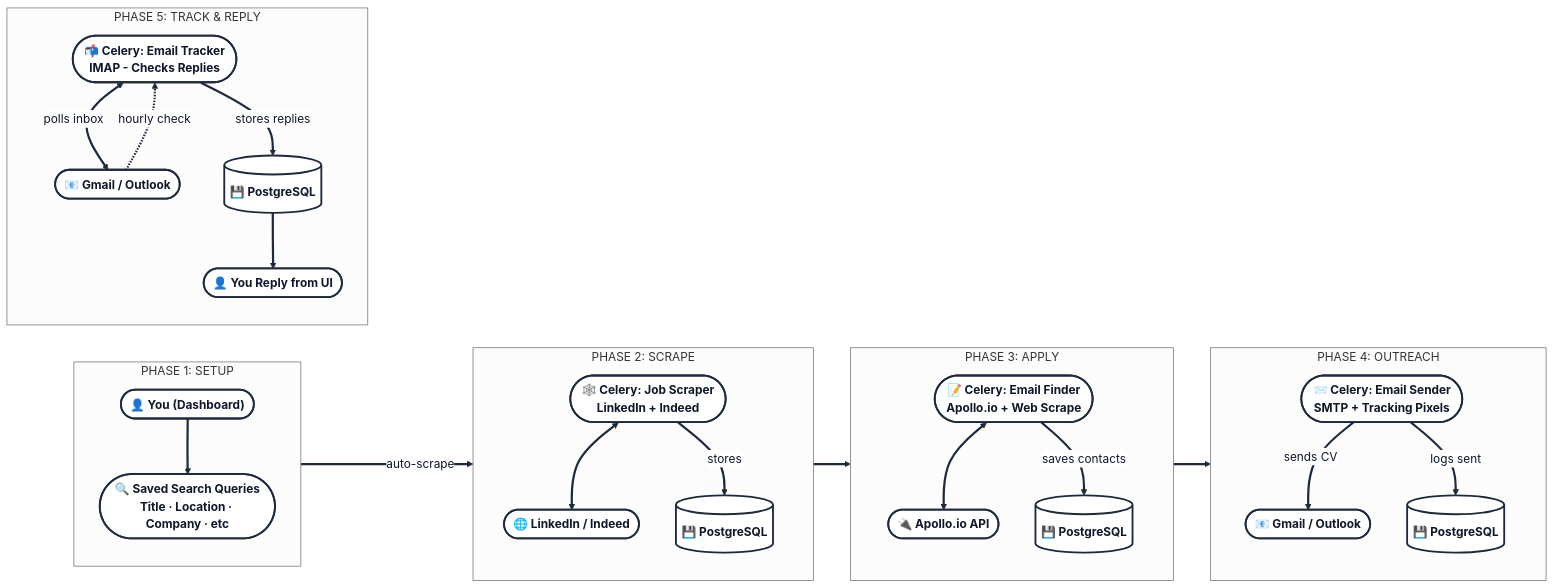
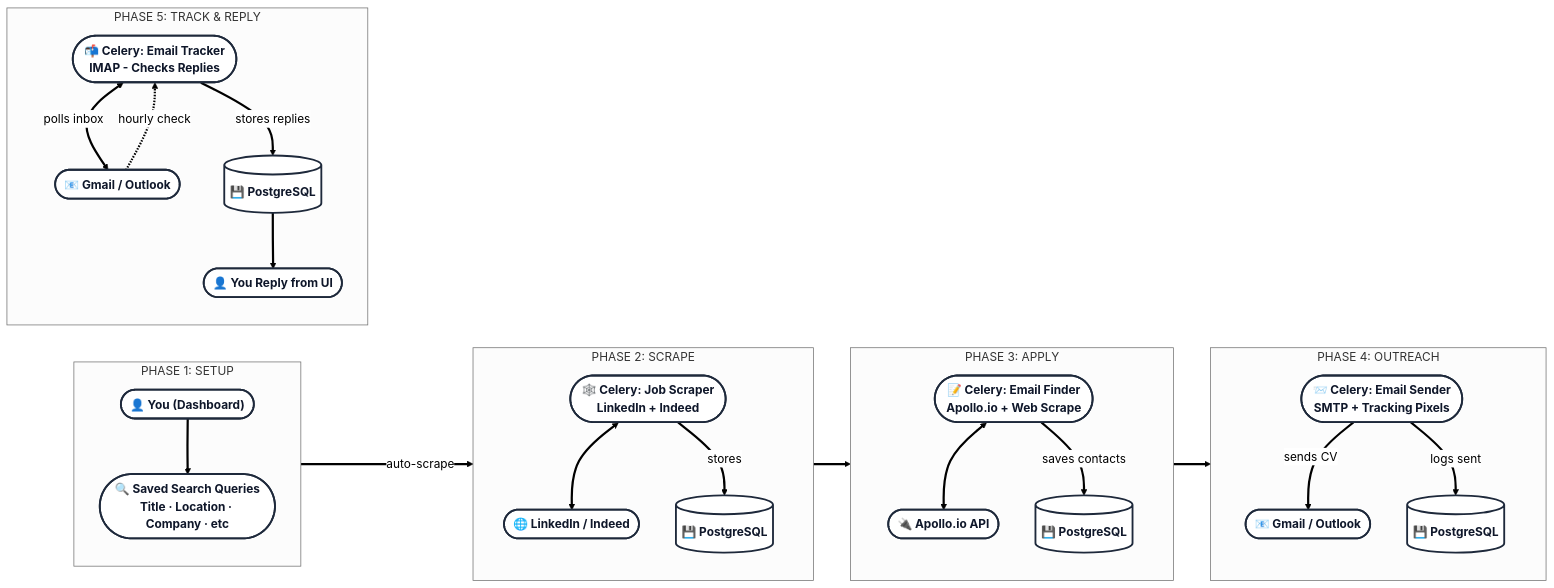
The diagram in README.md (relatrino-code/LinkedInAgent), drawn with Mermaid (neutral theme) before and after one commit. The commit also changed 1 other file, not shown here.

Commit message:
fix: scraper now uses companies field in search query and filters results post-scrape

````diff
--- a/README.md
+++ b/README.md
@@ -16,58 +16,58 @@
 ```mermaid
 flowchart LR
     %% darker, thicker strokes for visibility
     classDef box fill:#fff,stroke:#1e293b,stroke-width:2.5px,color:#0f172a,font-weight:bold
 
     subgraph Setup["PHASE 1: SETUP"]
         direction TB
         U(["👤 You (Dashboard)"]):::box
         Q(["🔍 Saved Search Queries<br/>Title · Location · Company · etc"]):::box
         U --> Q
     end
 
     subgraph ScrapePhase["PHASE 2: SCRAPE"]
         direction TB
         S(["🕸️ Celery: Job Scraper<br/>LinkedIn + Indeed"]):::box
         JS(["🌐 LinkedIn / Indeed"]):::box
         DB1[("💾 PostgreSQL")]:::box
         S <--> JS
         S -->|"stores"| DB1
     end
 
     subgraph ApplyPhase["PHASE 3: APPLY"]
         direction TB
         A(["📝 Celery: Email Finder<br/>Apollo.io + Web Scrape"]):::box
         AP(["🔌 Apollo.io API"]):::box
         DB2[("💾 PostgreSQL")]:::box
         A <--> AP
         A -->|"saves contacts"| DB2
     end
 
     subgraph OutreachPhase["PHASE 4: OUTREACH"]
         direction TB
         E(["📨 Celery: Email Sender<br/>SMTP + Tracking Pixels"]):::box
         GM(["📧 Gmail / Outlook"]):::box
         DB3[("💾 PostgreSQL")]:::box
         E -->|"sends CV"| GM
         E -->|"logs sent"| DB3
     end
 
     subgraph TrackPhase["PHASE 5: TRACK & REPLY"]
         direction TB
         T(["📬 Celery: Email Tracker<br/>IMAP - Checks Replies"]):::box
         GM2(["📧 Gmail / Outlook"]):::box
         DB4[("💾 PostgreSQL")]:::box
         R(["👤 You Reply from UI"]):::box
         T <-->|"polls inbox"| GM2
         T -->|"stores replies"| DB4
         DB4 --> R
     end
 
     Q -->|"auto-scrape"| S
     DB1 --> A
     DB2 --> E
     GM2 -.->|"hourly check"| T
 
     %% edge styling: thicker, darker arrows
-    linkStyle default stroke:#1e293b,stroke-width:3px,color:#0f172a
+    linkStyle default stroke:#000,stroke-width:3px
 ```
````
